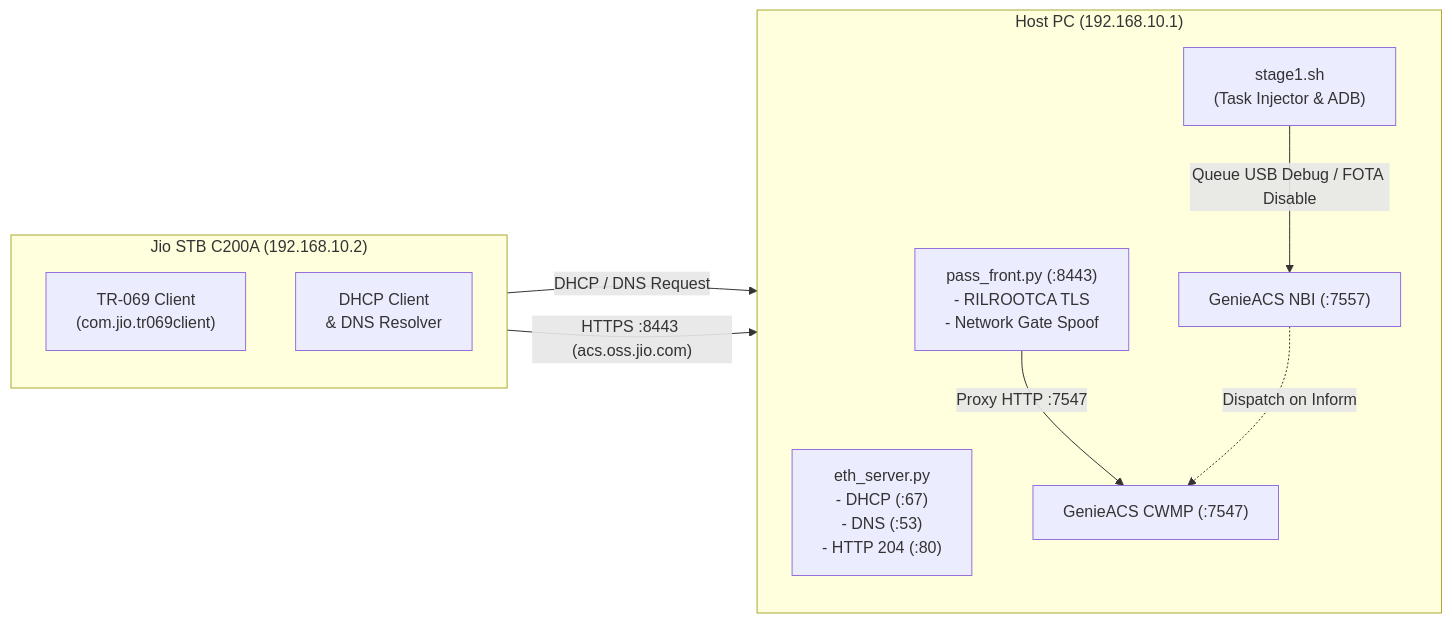
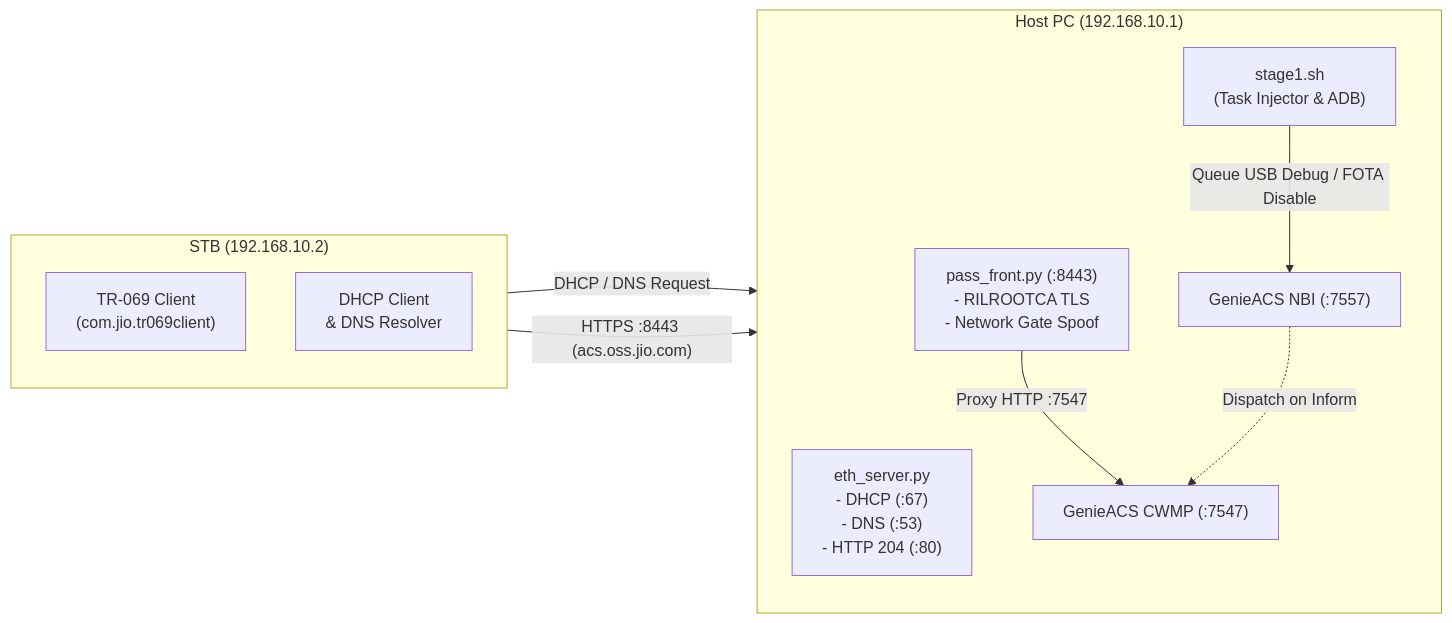
The first of 2 diagrams in Enable DeveloperOptions/README.md (ramneet4002/STB-Comprehensive-Guide), drawn with Mermaid before and after one commit. The commit also changed other lines of this file and 2 other files, not shown here.

````diff
--- a/Enable DeveloperOptions/README.md
+++ b/Enable DeveloperOptions/README.md
@@ -67,23 +67,23 @@
 ```mermaid
 flowchart LR
-    subgraph STB ["Jio STB C200A (192.168.10.2)"]
+    subgraph STB ["STB (192.168.10.2)"]
         direction TB
         Client["TR-069 Client\n(com.jio.tr069client)"]
         ClientNet["DHCP Client\n& DNS Resolver"]
     end
 
     subgraph PC ["Host PC (192.168.10.1)"]
         direction TB
         EthHelper["eth_server.py\n- DHCP (:67)\n- DNS (:53)\n- HTTP 204 (:80)"]
         PassFront["pass_front.py (:8443)\n- RILROOTCA TLS\n- Network Gate Spoof"]
         GenieCWMP["GenieACS CWMP (:7547)"]
         GenieNBI["GenieACS NBI (:7557)"]
         Stage1["stage1.sh\n(Task Injector & ADB)"]
     end
 
     ClientNet -- "DHCP / DNS Request" --> EthHelper
     Client -- "HTTPS :8443 (acs.oss.jio.com)" --> PassFront
     PassFront -- "Proxy HTTP :7547" --> GenieCWMP
     Stage1 -- "Queue USB Debug / FOTA Disable" --> GenieNBI
     GenieNBI -. "Dispatch on Inform" .-> GenieCWMP
 ```
````
